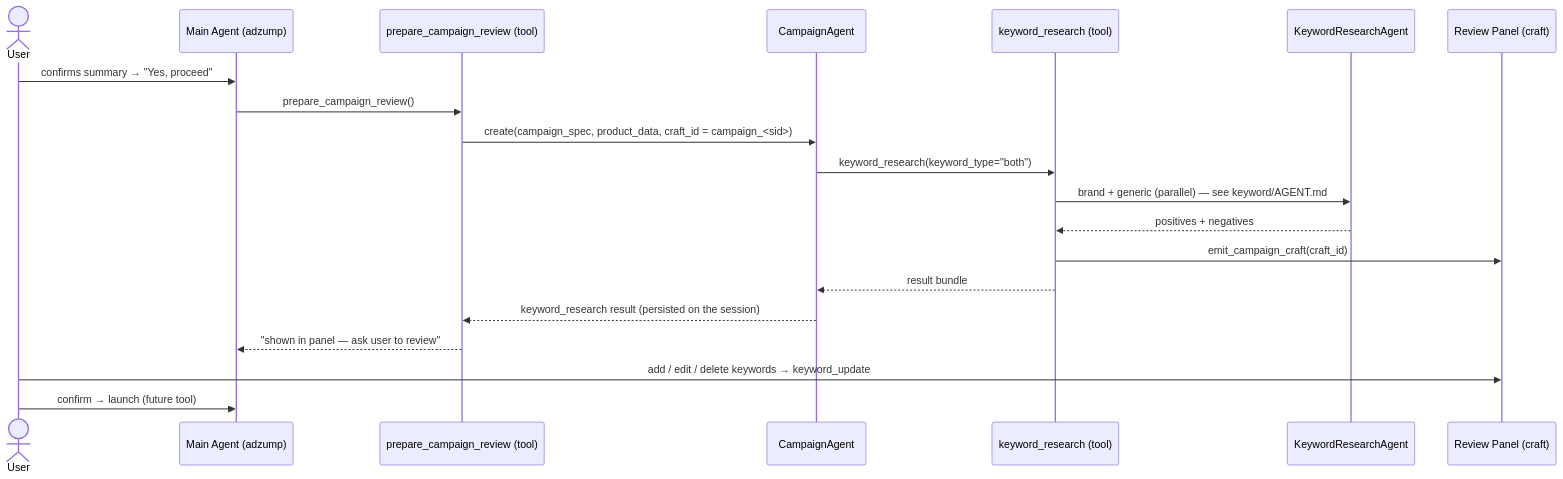
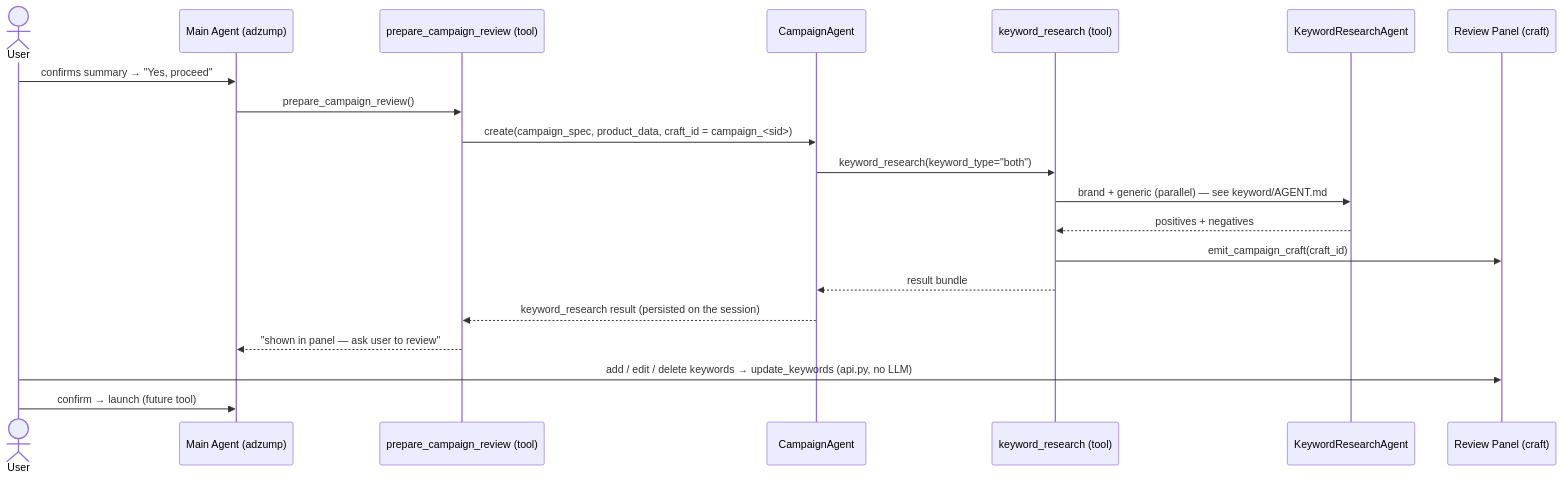
Before and after one commit to modlix-india/nocode-ai: the diagram in app/agents/adzump/agents/campaign/AGENT.md, drawn with Mermaid. The commit also changed other lines of this file and 13 other files, not shown here.

First line of the commit message:
refactor(adzump): fold keyword prompts into context.py; move panel transport to api.py

````diff
--- a/app/agents/adzump/agents/campaign/AGENT.md
+++ b/app/agents/adzump/agents/campaign/AGENT.md
@@ -19,23 +19,23 @@
 ```mermaid
 sequenceDiagram
     actor User
     participant Main as Main Agent (adzump)
     participant CC as prepare_campaign_review (tool)
     participant CA as CampaignAgent
     participant KR as keyword_research (tool)
     participant KA as KeywordResearchAgent
     participant Panel as Review Panel (craft)
 
     User->>Main: confirms summary → "Yes, proceed"
     Main->>CC: prepare_campaign_review()
     CC->>CA: create(campaign_spec, product_data, craft_id = campaign_<sid>)
     CA->>KR: keyword_research(keyword_type="both")
     KR->>KA: brand + generic (parallel) — see keyword/AGENT.md
     KA-->>KR: positives + negatives
     KR->>Panel: emit_campaign_craft(craft_id)
     KR-->>CA: result bundle
     CA-->>CC: keyword_research result (persisted on the session)
     CC-->>Main: "shown in panel — ask user to review"
-    User->>Panel: add / edit / delete keywords → keyword_update
+    User->>Panel: add / edit / delete keywords → update_keywords (api.py, no LLM)
     User->>Main: confirm → launch (future tool)
 ```
````
